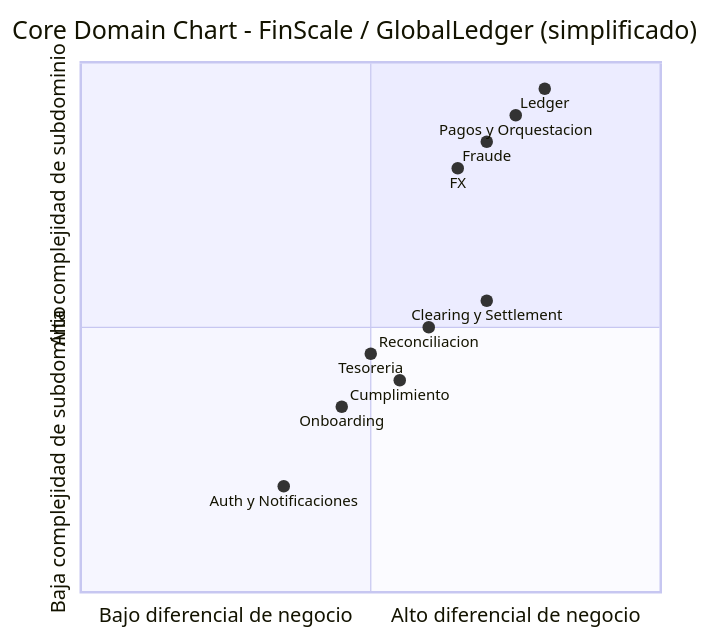
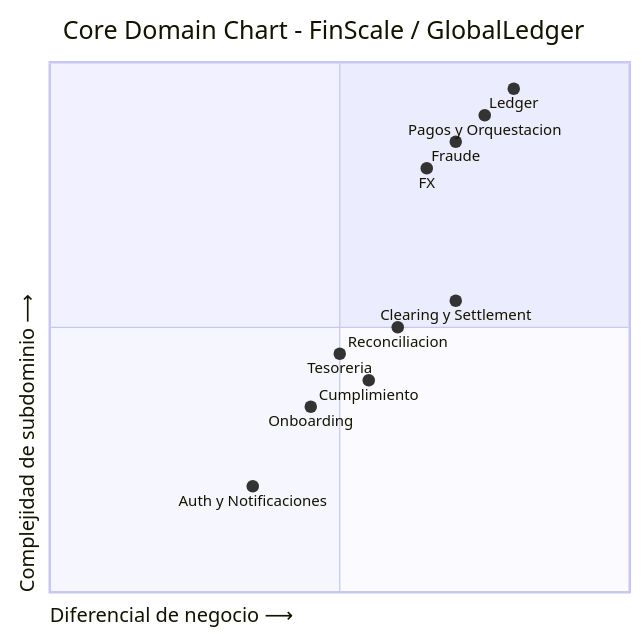
One commit to jersonf2x/kata-architecture changed the first of 3 diagrams in Etapa2_Diseno_estrategico.md. Above: the diagram before and after it, drawn with Mermaid.

````diff
--- a/Etapa2_Diseno_estrategico.md
+++ b/Etapa2_Diseno_estrategico.md
@@ -21,16 +21,16 @@
 ```mermaid
 quadrantChart
-    title Core Domain Chart - FinScale / GlobalLedger (simplificado)
-    x-axis Bajo diferencial de negocio --> Alto diferencial de negocio
-    y-axis Baja complejidad de subdominio --> Alta complejidad de subdominio
+    title Core Domain Chart - FinScale / GlobalLedger
+    x-axis  Diferencial de negocio -->  
+    y-axis  Complejidad de subdominio -->  
     Pagos y Orquestacion: [0.75, 0.9]
     Ledger: [0.8, 0.95]
     Fraude: [0.7, 0.85]
     FX: [0.65, 0.8]
     Clearing y Settlement: [0.7, 0.55]
     Reconciliacion: [0.6, 0.5]
     Tesoreria: [0.5, 0.45]
     Cumplimiento: [0.55, 0.4]
     Onboarding: [0.45, 0.35]
     Auth y Notificaciones: [0.35, 0.2]
 ```
````
